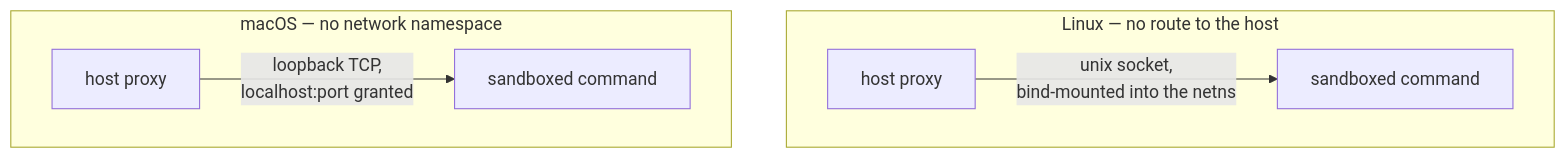
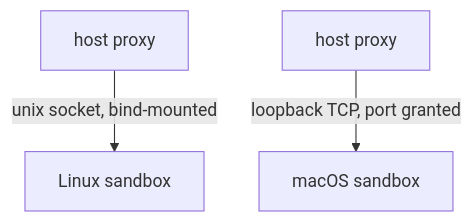
One commit to throwparty/agentkit changed the second of 2 diagrams in maps/2026-10-31-nix-devshell-sandbox/HANDOVER.md. Above: the diagram before and after it, drawn with Mermaid. The commit also changed other lines of this file, not shown here.

First line of the commit message:
2026-10-31-nix-devshell-sandbox: cut the handover to the facts

````diff
--- a/maps/2026-10-31-nix-devshell-sandbox/HANDOVER.md
+++ b/maps/2026-10-31-nix-devshell-sandbox/HANDOVER.md
@@ -137,9 +80,5 @@
 ```mermaid
 flowchart TB
-    subgraph L["Linux — no route to the host"]
-        LP["host proxy"] -->|"unix socket,<br/>bind-mounted into the netns"| LW["sandboxed command"]
-    end
-    subgraph D["macOS — no network namespace"]
-        DP["host proxy"] -->|"loopback TCP,<br/>localhost:port granted"| DW["sandboxed command"]
-    end
+    LP[host proxy] -->|unix socket, bind-mounted| LW[Linux sandbox]
+    DP[host proxy] -->|loopback TCP, port granted| DW[macOS sandbox]
 ```
````
